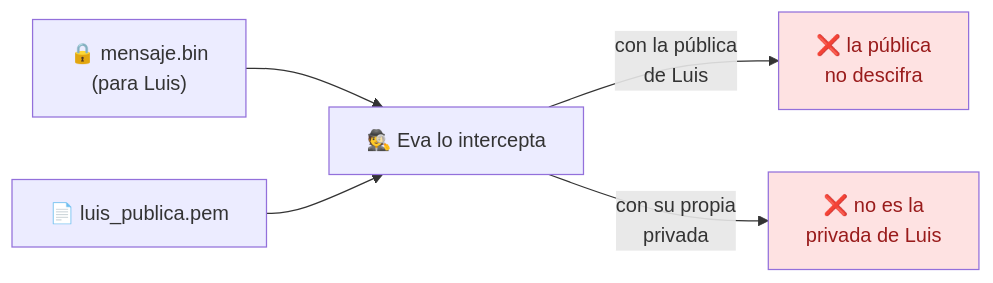
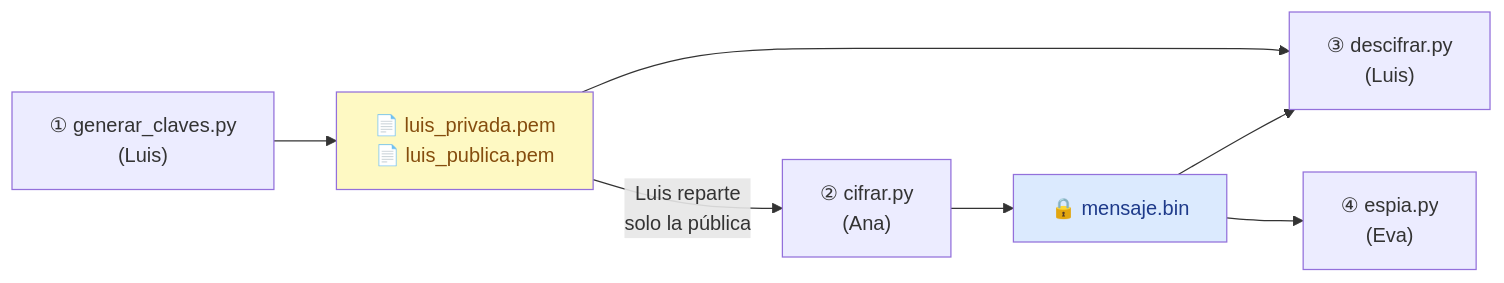
Before and after one commit to campusdevfp/cybersec2627: the seventh of 10 diagrams in docs/ud1/index.md, drawn with Mermaid. The commit also changed other lines of this file, not shown here.

````diff
--- a/docs/ud1/index.md
+++ b/docs/ud1/index.md
@@ -489,9 +427,11 @@
 ```mermaid
 flowchart LR
-    C["🔒 mensaje.bin<br/>(para Luis)"] --> Eva["🕵️ Eva lo intercepta"]
-    PEM["📄 luis_publica.pem"] --> Eva
-    Eva -->|"con la pública<br/>de Luis"| X1["❌ la pública<br/>no descifra"]
-    Eva -->|"con su propia<br/>privada"| X2["❌ no es la<br/>privada de Luis"]
-    style X1 fill:#fee2e2,color:#991b1b
-    style X2 fill:#fee2e2,color:#991b1b
+    G["① generar_claves.py<br/>(Luis)"] --> F1["📄 luis_privada.pem<br/>📄 luis_publica.pem"]
+    F1 -->|"Luis reparte<br/>solo la pública"| C["② cifrar.py<br/>(Ana)"]
+    C --> M["🔒 mensaje.bin"]
+    M --> D["③ descifrar.py<br/>(Luis)"]
+    F1 --> D
+    M --> E["④ espia.py<br/>(Eva)"]
+    style F1 fill:#fef9c3,color:#854d0e
+    style M fill:#dbeafe,color:#1e3a8a
 ```
````
